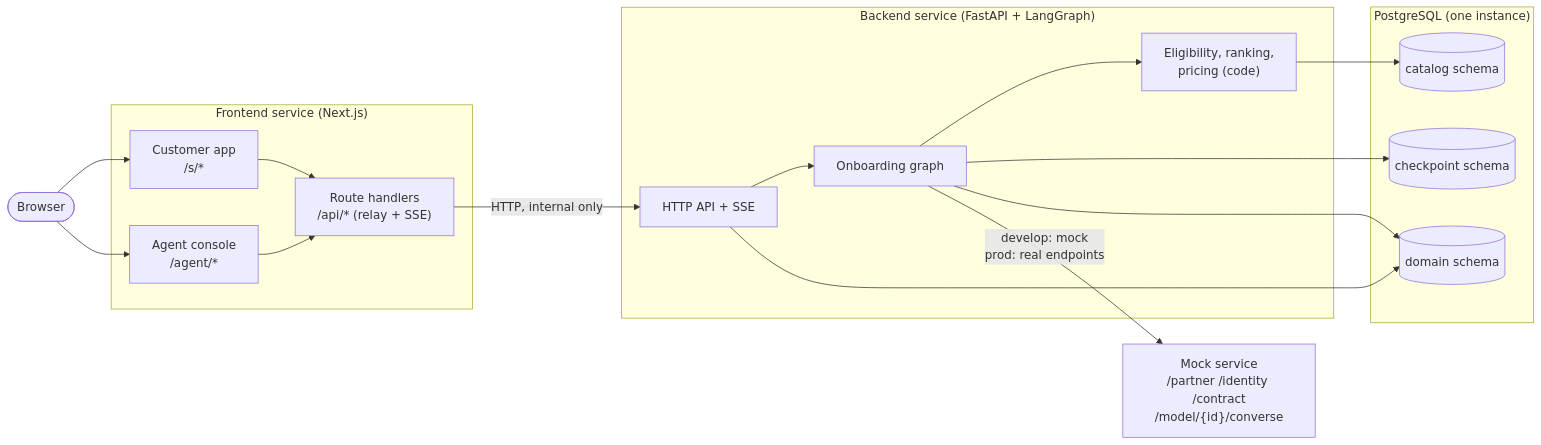
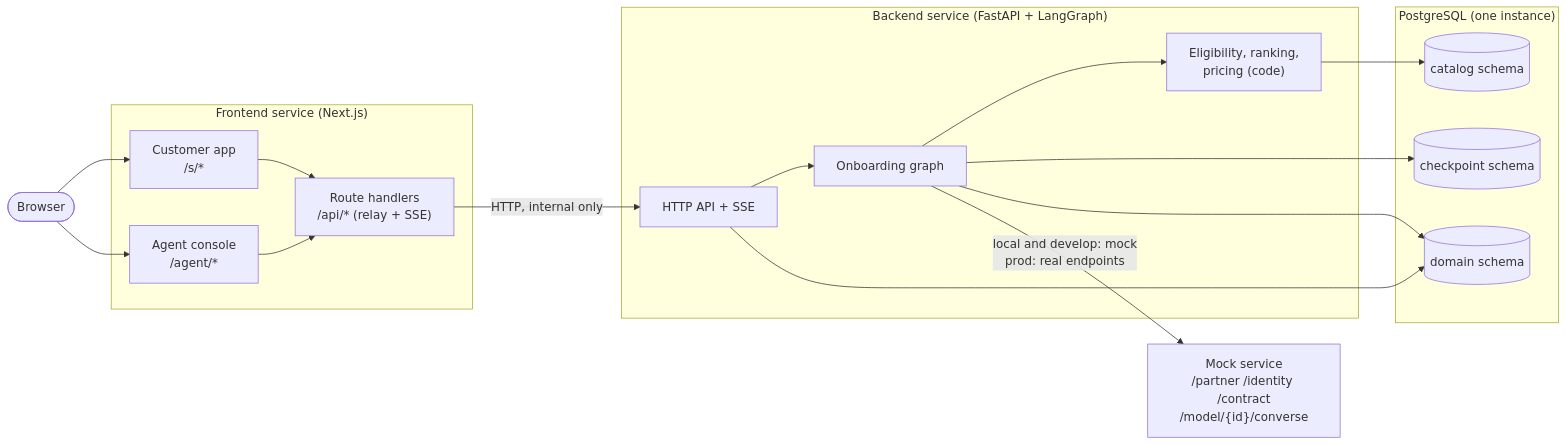
Before and after one commit to pjh4993/insurance-onboarding-assistant: the second of 3 diagrams in docs/solution-architecture.md, drawn with Mermaid. The commit also changed other lines of this file and 12 other files, not shown here.

````diff
--- a/docs/solution-architecture.md
+++ b/docs/solution-architecture.md
@@ -62,33 +69,33 @@
 ```mermaid
 flowchart LR
     browser(["Browser"])
 
     subgraph fe["Frontend service (Next.js)"]
         s["Customer app<br/>/s/*"]
         ag["Agent console<br/>/agent/*"]
         proxy["Route handlers<br/>/api/* (relay + SSE)"]
     end
 
     subgraph be["Backend service (FastAPI + LangGraph)"]
         api["HTTP API + SSE"]
         lg["Onboarding graph"]
         domain["Eligibility, ranking,<br/>pricing (code)"]
     end
 
     subgraph db["PostgreSQL (one instance)"]
         cp[("checkpoint schema")]
         dm[("domain schema")]
         cat[("catalog schema")]
     end
 
     mock["Mock service<br/>/partner /identity /contract<br/>/model/{id}/converse"]
 
     browser --> s & ag
     s & ag --> proxy
     proxy -- "HTTP, internal only" --> api
     api --> lg --> domain
     lg --> cp
     lg & api --> dm
     domain --> cat
-    lg -- "develop: mock<br/>prod: real endpoints" --> mock
+    lg -- "local and develop: mock<br/>prod: real endpoints" --> mock
 ```
````
